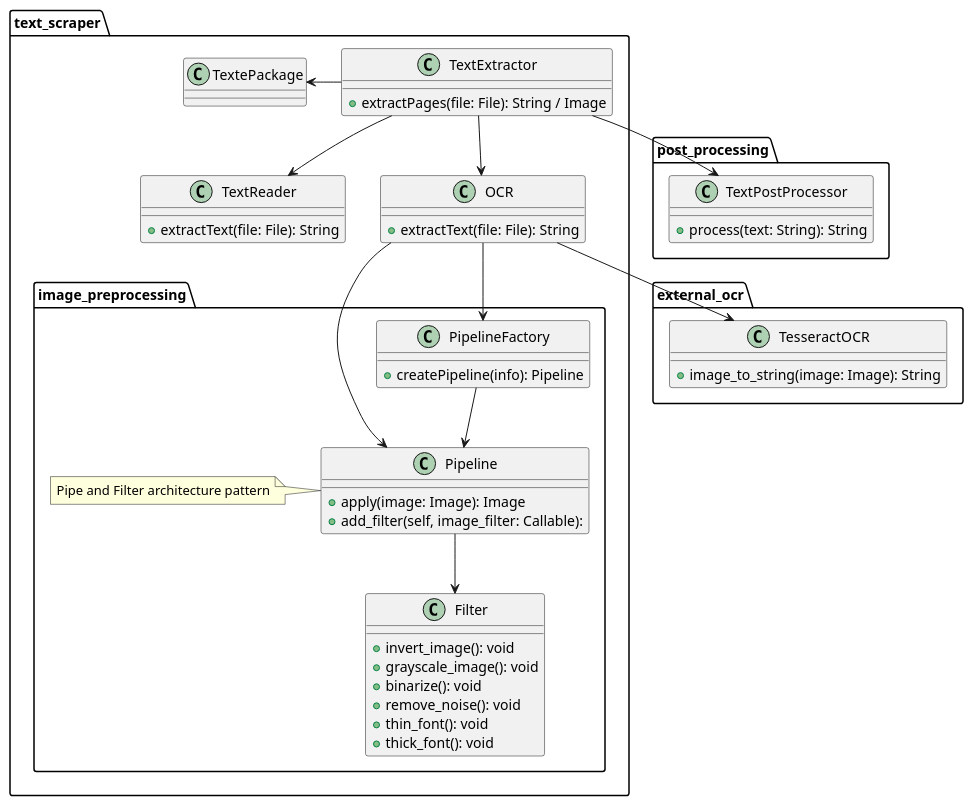
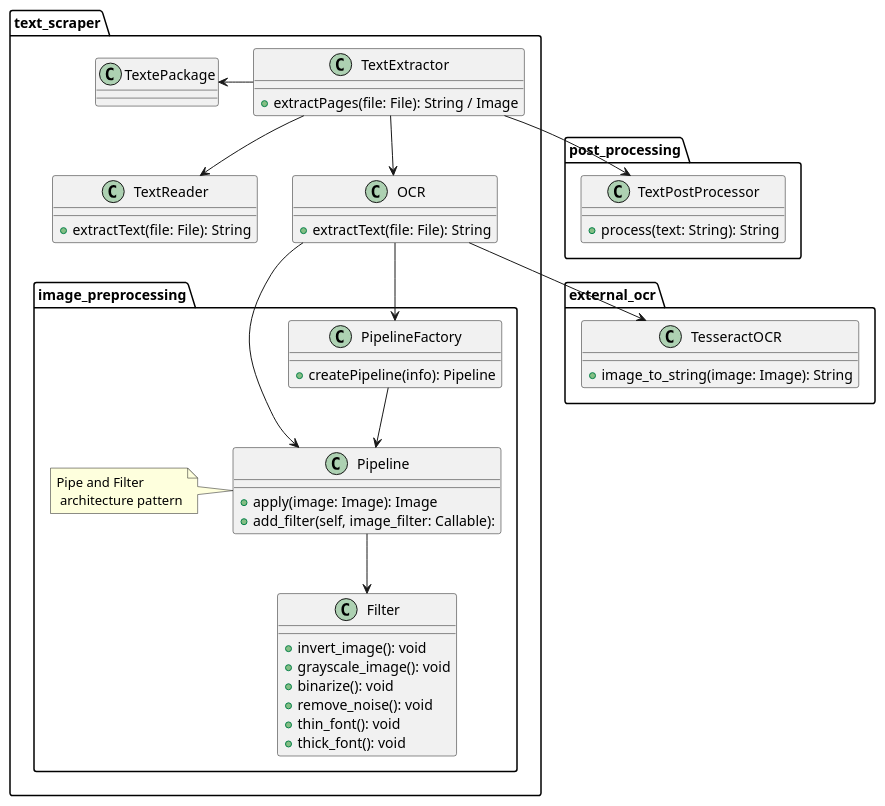
Before and after one commit to tutorai-no/tutor-service: the diagram in docs/diagrams/text_scraper.puml, drawn with PlantUML.

Commit message:
refactor: minor change of text_scraper.puml to make it look nice

```diff
--- a/docs/diagrams/text_scraper.puml
+++ b/docs/diagrams/text_scraper.puml
@@ -1,80 +1,80 @@
 @startuml
 
 package text_scraper {
 
     class TextExtractor {
         + extractPages(file: File): String / Image
     }
 
     class TextReader {
         + extractText(file: File): String
     }
 
     class OCR {
         + extractText(file: File): String
     }
 
 
     class TextePackage{
     
     }
 
 
     
     package image_preprocessing {
         class Pipeline {
             + apply(image: Image): Image
             + add_filter(self, image_filter: Callable):
         }
-        note left of Pipeline: Pipe and Filter architecture pattern
+        note left of Pipeline: Pipe and Filter \n architecture pattern
 
 
         class PipelineFactory {
             + createPipeline(info): Pipeline
         }
 
         class Filter {
             + invert_image(): void 
             + grayscale_image(): void
             + binarize(): void
             + remove_noise(): void
             + thin_font(): void
             + thick_font(): void
 
         }
     }
     
     OCR --> PipelineFactory
     OCR --> Pipeline
     PipelineFactory --> Pipeline
 
 }
 
 package external_ocr {
 
     class TesseractOCR {
         + image_to_string(image: Image): String
     }
 }
 
 package post_processing {
 
     class TextPostProcessor {
         + process(text: String): String
     }
 
 }
 
 
     
 
 
 TextExtractor --> OCR
 TextExtractor --> TextReader
 TextExtractor --> TextPostProcessor
 OCR --> TesseractOCR
 Pipeline --> Filter
 TextExtractor -left-> TextePackage
 
 
 @enduml
```
